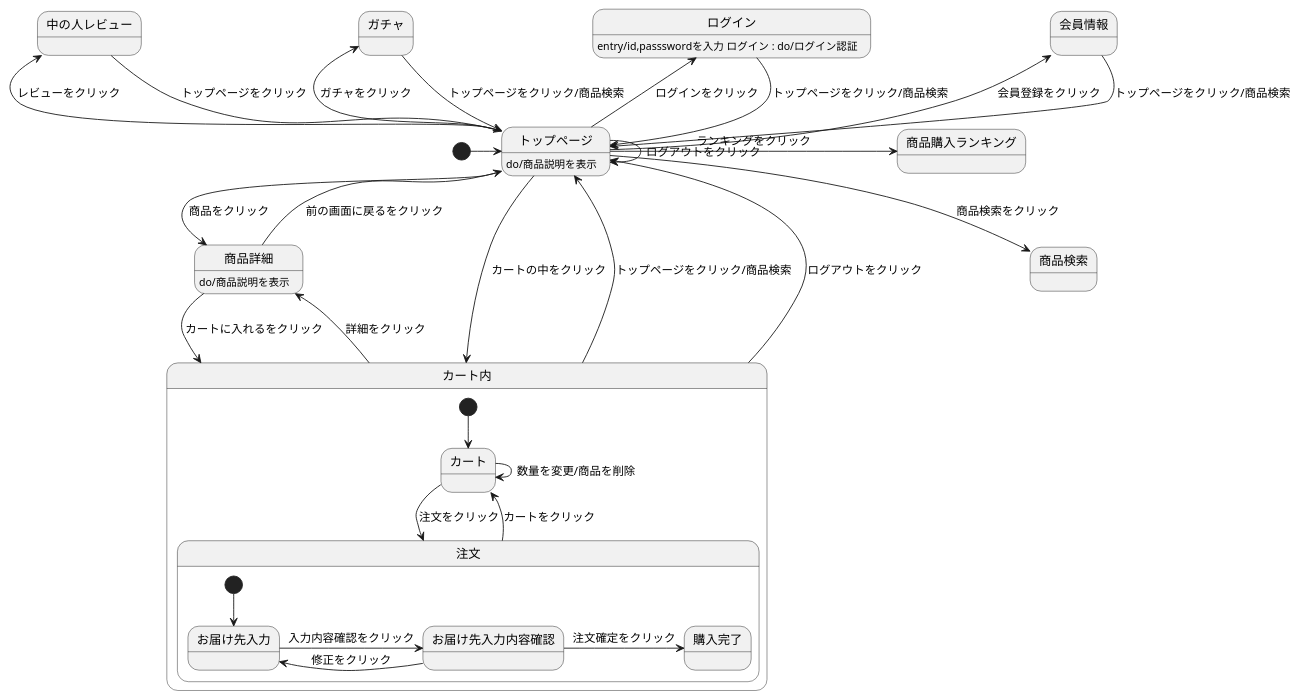
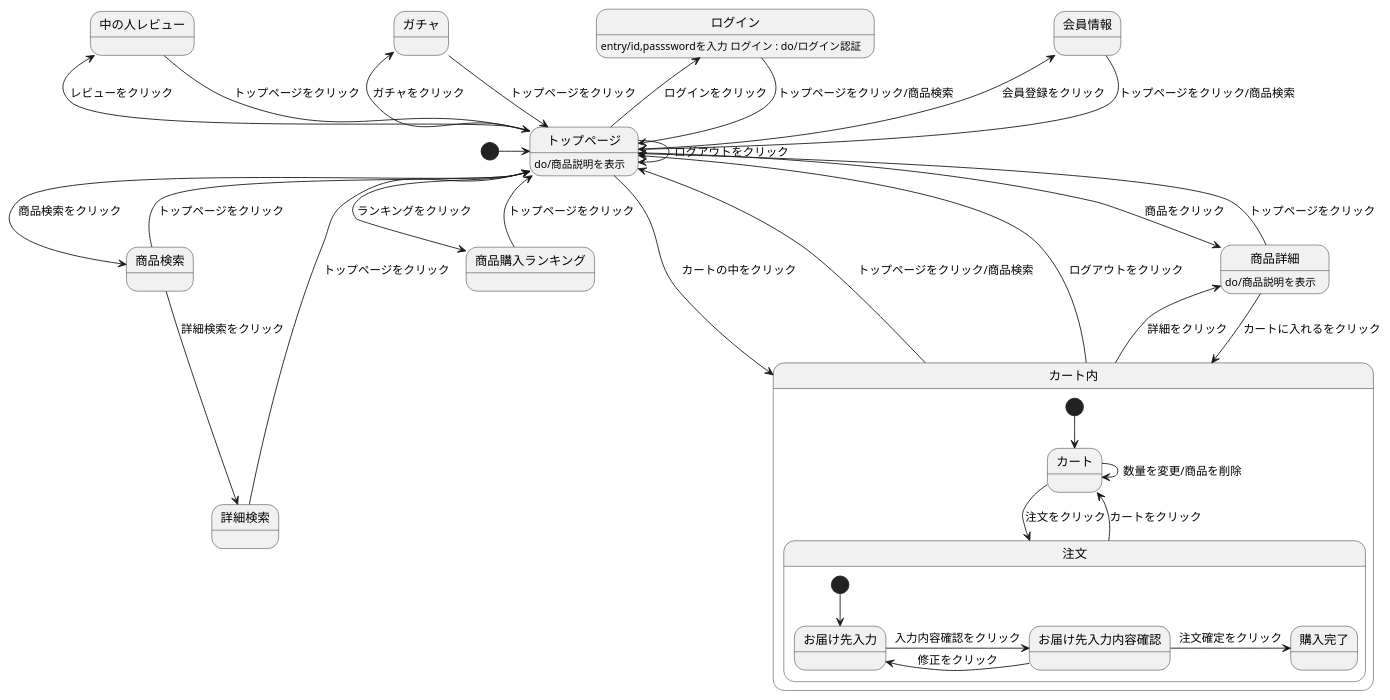
Before and after one commit to Aso2001220/2021sys-design: the diagram in 4_01.md, drawn with PlantUML.

````diff
--- a/4_01.md
+++ b/4_01.md
@@ -1,39 +1,44 @@
 ```uml
 @startuml
 
 [*] -> トップページ
 会員情報 --> トップページ : トップページをクリック/商品検索
 ログイン --> トップページ : トップページをクリック/商品検索
 ログイン : entry/id,passswordを入力 ログイン : do/ログイン認証
 トップページ --> トップページ : ログアウトをクリック
-トップページ --> 商品検索 : 商品検索をクリック
+トップページ -> 商品検索 : 商品検索をクリック
 トップページ -> 商品詳細 : 商品をクリック
 トップページ -left-> 会員情報 : 会員登録をクリック
 トップページ -left-> ログイン : ログインをクリック
 トップページ -left-> ガチャ : ガチャをクリック
 トップページ -left-> 中の人レビュー : レビューをクリック
 トップページ -> 商品購入ランキング : ランキングをクリック
 トップページ --> カート内 : カートの中をクリック
 トップページ : do/商品説明を表示
 商品詳細 --> カート内 : カートに入れるをクリック
-商品詳細 --> トップページ : 前の画面に戻るをクリック
+商品詳細 --> トップページ : トップページをクリック
 商品詳細 : do/商品説明を表示
 カート内 -up-> トップページ : トップページをクリック/商品検索
 カート内 -up-> トップページ : ログアウトをクリック
 カート内 -> 商品詳細 : 詳細をクリック
-ガチャ --> トップページ : トップページをクリック/商品検索
+ガチャ --> トップページ : トップページをクリック
 中の人レビュー --> トップページ : トップページをクリック
+商品検索 --> 詳細検索 : 詳細検索をクリック
+商品検索 --> トップページ : トップページをクリック
+詳細検索 --> トップページ : トップページをクリック
+商品購入ランキング -->  トップページ : トップページをクリック
+
 state カート内{
 [*] --> カート 
 カート -> 注文 : 注文をクリック
 カート -> カート : 数量を変更/商品を削除
 注文 --> カート : カートをクリック
 state 注文{ 
 [*] --> お届け先入力
 お届け先入力 -> お届け先入力内容確認 : 入力内容確認をクリック
 お届け先入力内容確認 -> お届け先入力 : 修正をクリック
 お届け先入力内容確認 -> 購入完了 : 注文確定をクリック
 } 
 }
 @enduml
 ```
````
